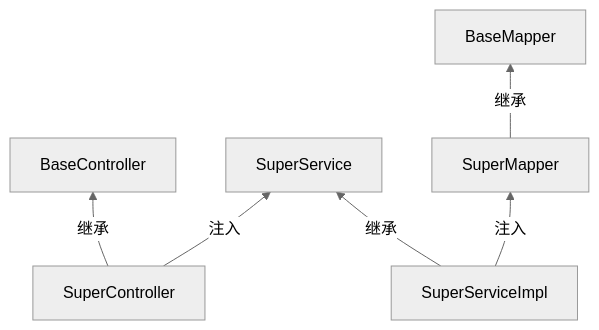
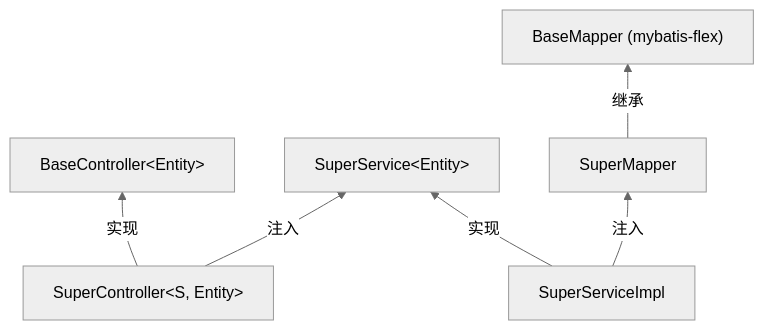
One commit to henhen6/mdp-docs changed the diagram in src/doc/source/mdp-base/md-mvc-flex.md. Above: the diagram before and after it, drawn with Mermaid (neutral theme). The commit also changed other lines of this file and 1 other file, not shown here.

````diff
--- a/src/doc/source/mdp-base/md-mvc-flex.md
+++ b/src/doc/source/mdp-base/md-mvc-flex.md
@@ -35,8 +37,8 @@
 ```mermaid
 flowchart BT
-    SC["SuperController"] -->|"继承"| BC["BaseController"]
-    SSI["SuperServiceImpl"] -->|"继承"| SS["SuperService"]
-    SM["SuperMapper"] -->|"继承"| FXM["BaseMapper"]
+    SC["SuperController&lt;S, Entity&gt;"] -->|"实现"| BC["BaseController&lt;Entity&gt;"]
+    SSI["SuperServiceImpl"] -->|"实现"| SS["SuperService&lt;Entity&gt;"]
+    SM["SuperMapper"] -->|"继承"| FXM["BaseMapper (mybatis-flex)"]
     SC -->|"注入"| SS
     SSI -->|"注入"| SM
 ```
````
